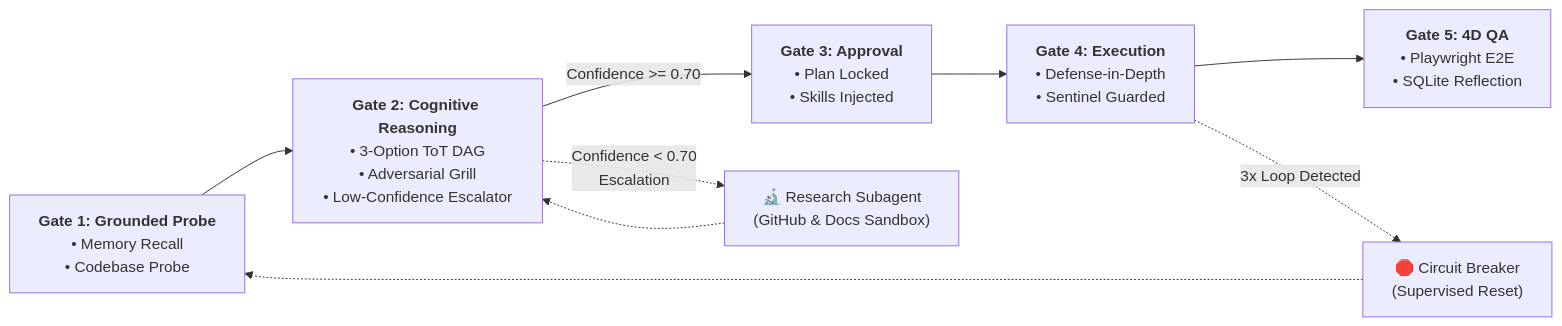
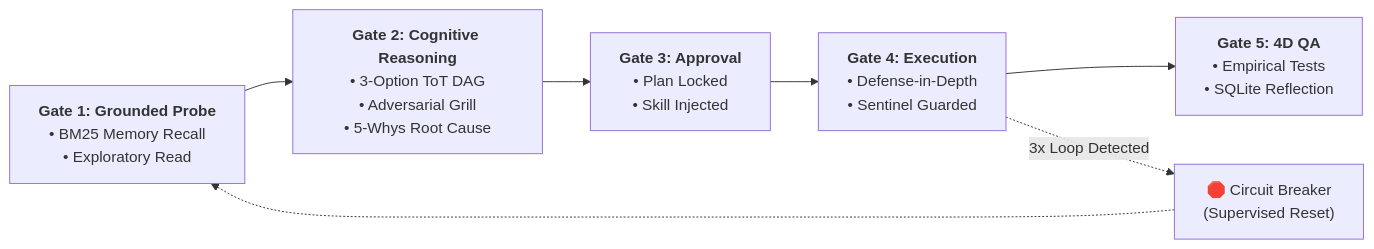
The second of 2 diagrams in README.md (VoDaiLocz/kilo-kit-mcp), drawn with Mermaid before and after one commit. The commit also changed other lines of this file, not shown here.

````diff
--- a/README.md
+++ b/README.md
@@ -77,21 +137,19 @@
 ```mermaid
 flowchart LR
-    G1["<b>Gate 1: Grounded Probe</b><br/>• Memory Recall<br/>• Codebase Probe"]
+    G1["<b>Gate 1: Grounded Probe</b><br/>• BM25 Memory Recall<br/>• Exploratory Read"]
     
-    G2["<b>Gate 2: Cognitive Reasoning</b><br/>• 3-Option ToT DAG<br/>• Adversarial Grill<br/>• Low-Confidence Escalator"]
+    G2["<b>Gate 2: Cognitive Reasoning</b><br/>• 3-Option ToT DAG<br/>• Adversarial Grill<br/>• 5-Whys Root Cause"]
     
-    G3["<b>Gate 3: Approval</b><br/>• Plan Locked<br/>• Skills Injected"]
+    G3["<b>Gate 3: Approval</b><br/>• Plan Locked<br/>• Skill Injected"]
     
     G4["<b>Gate 4: Execution</b><br/>• Defense-in-Depth<br/>• Sentinel Guarded"]
     
-    G5["<b>Gate 5: 4D QA</b><br/>• Playwright E2E<br/>• SQLite Reflection"]
+    G5["<b>Gate 5: 4D QA</b><br/>• Empirical Tests<br/>• SQLite Reflection"]
 
     G1 --> G2
-    G2 -->|Confidence >= 0.70| G3
-    G2 -.->|Confidence < 0.70<br/>Escalation| Subagent["🔬 Research Subagent<br/>(GitHub & Docs Sandbox)"]
-    Subagent -.-> G2
+    G2 --> G3
     G3 --> G4
     G4 --> G5
     G4 -.->|3x Loop Detected| Breaker["🛑 Circuit Breaker<br/>(Supervised Reset)"]
     Breaker -.-> G1
 ```
````
